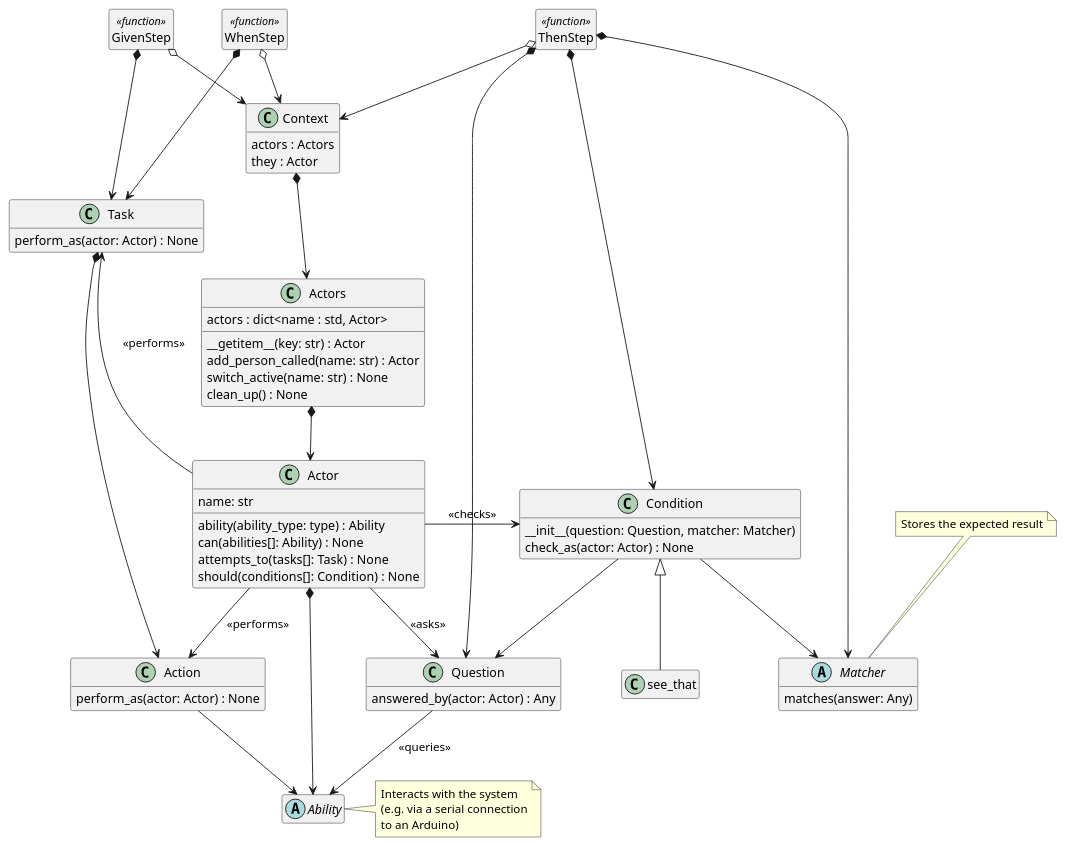
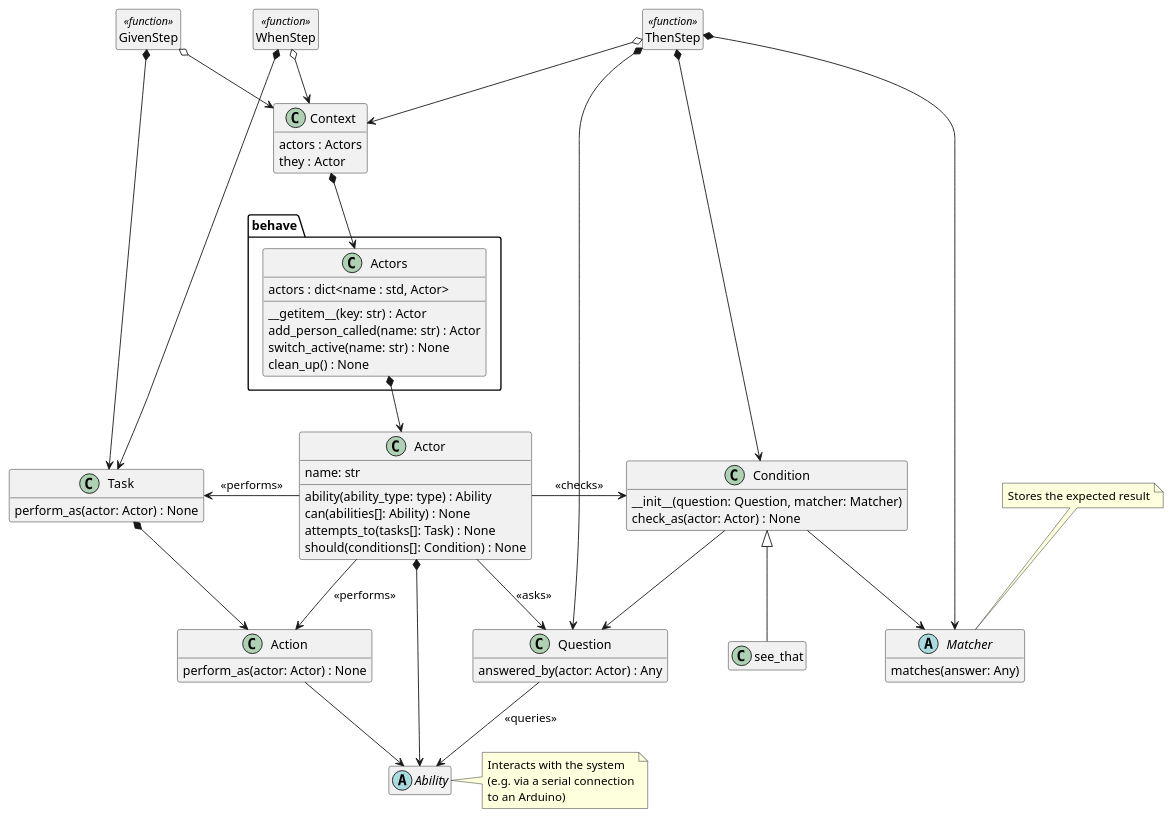
The diagram in screenplay/class_diagram.puml (jack-skerrett-bluefruit/Python-ScreenPlay), drawn with PlantUML before and after one commit. The commit also changed 1 other file, not shown here.

Commit message:
Add behave namespace to Screen Play class diagram

```diff
--- a/screenplay/class_diagram.puml
+++ b/screenplay/class_diagram.puml
@@ -1,105 +1,107 @@
 @startuml
 
 hide empty members
 
 
 GivenStep o--> Context
 GivenStep *--> Task
 
 WhenStep o--> Context
 WhenStep *--> Task
 
 ThenStep o--> Context
 ThenStep *--> Question
 ThenStep *--> Condition
 ThenStep *--> Matcher
 
-Context *--> Actors
+Context *--> behave.Actors
 
-Actors *--> Actor
+behave.Actors *--> Actor
 
 Actor -left-> Task : <<performs>>
 Actor --> Action : <<performs>>
 Actor -right-> Condition : <<checks>>
 Actor --> Question : <<asks>>
 Actor *--> Ability
 
 Task *--> Action
 Action --> Ability
 
 Condition --> Question
 Condition --> Matcher
 Question --> Ability : <<queries>>
 see_that -u-|> Condition
 
 class GivenStep <<function>> {
 }
 hide GivenStep circle
 
 class WhenStep <<function>> {
 }
 hide WhenStep circle
 
 class ThenStep <<function>> {
 }
 hide ThenStep circle
 
 class Context {
     actors : Actors
     they : Actor
 }
 
-class Actors {
-    actors : dict<name : std, Actor>
-    __getitem__(key: str) : Actor
-    add_person_called(name: str) : Actor
-    switch_active(name: str) : None
-    clean_up() : None
+namespace behave {
+    class Actors {
+        actors : dict<name : std, Actor>
+        __getitem__(key: str) : Actor
+        add_person_called(name: str) : Actor
+        switch_active(name: str) : None
+        clean_up() : None
+    }
 }
 
 class Actor {
     name: str
     ability(ability_type: type) : Ability
     can(abilities[]: Ability) : None
     attempts_to(tasks[]: Task) : None
     should(conditions[]: Condition) : None
 }
 
 abstract class Ability {
 }
 
 note right of Ability
 Interacts with the system
 (e.g. via a serial connection
 to an Arduino)
 end note
 
 class Task {
     perform_as(actor: Actor) : None
 }
 
 class Action {
     perform_as(actor: Actor) : None
 }
 
 class Condition {
     __init__(question: Question, matcher: Matcher)
     check_as(actor: Actor) : None
 }
 
 class see_that {
 }
 
 class Question {
     answered_by(actor: Actor) : Any
 }
 
 abstract class Matcher {
     matches(answer: Any)
 }
 
 note top of Matcher
 Stores the expected result
 end note
 
 @enduml
```
